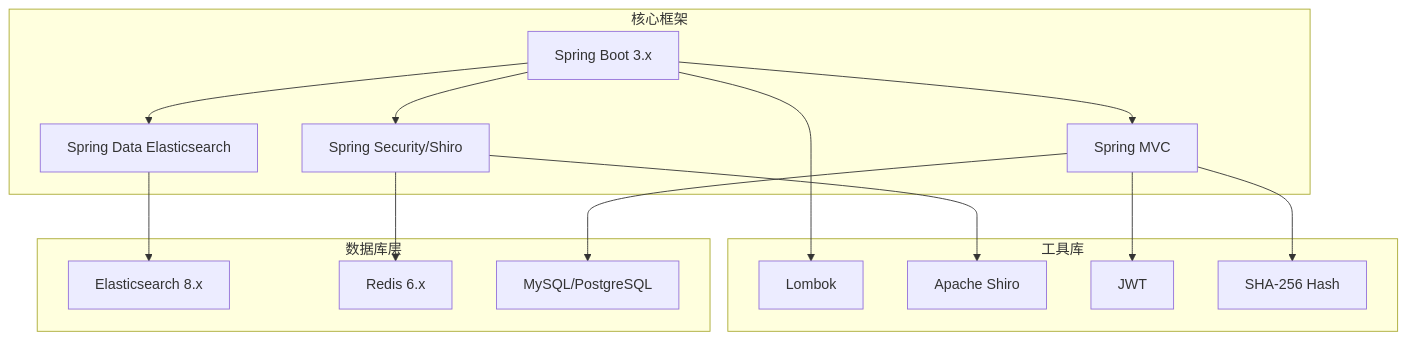
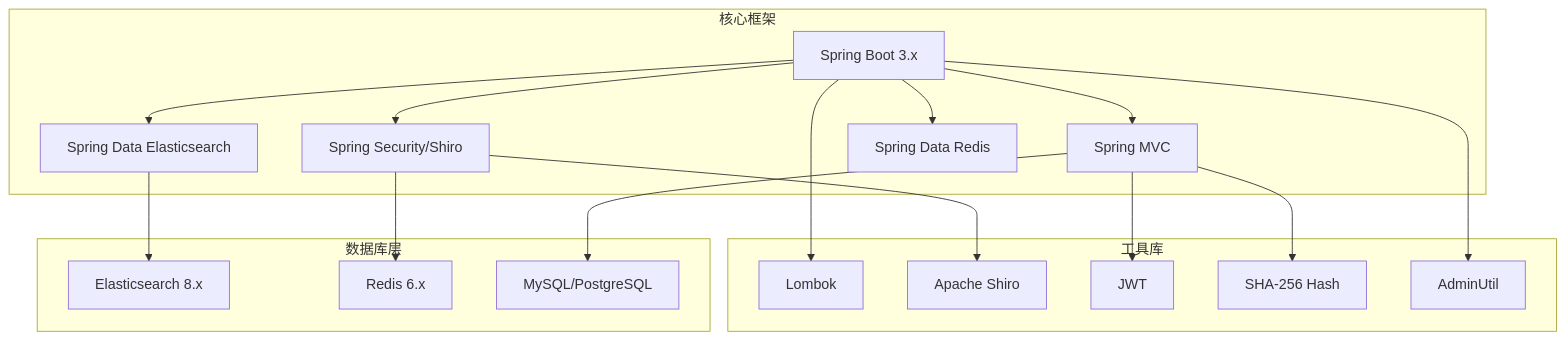
Diagram 11 of 11 in .qoder/repowiki/zh/content/Profile View.md (20164206160/zhishilu), drawn with Mermaid before and after one commit. The commit also changed other lines of this file and 11 other files, not shown here.

````diff
--- a/.qoder/repowiki/zh/content/Profile View.md
+++ b/.qoder/repowiki/zh/content/Profile View.md
@@ -375,30 +520,34 @@
 ```mermaid
 graph TB
 subgraph "核心框架"
 A[Spring Boot 3.x]
 B[Spring MVC]
 C[Spring Data Elasticsearch]
 D[Spring Security/Shiro]
+E[Spring Data Redis]
 end
 subgraph "数据库层"
-E[Elasticsearch 8.x]
-F[Redis 6.x]
-G[MySQL/PostgreSQL]
+F[Elasticsearch 8.x]
+G[Redis 6.x]
+H[MySQL/PostgreSQL]
 end
 subgraph "工具库"
-H[Lombok]
-I[Apache Shiro]
-J[JWT]
-K[SHA-256 Hash]
+I[Lombok]
+J[Apache Shiro]
+K[JWT]
+L[SHA-256 Hash]
+M[AdminUtil]
 end
 A --> B
 A --> C
 A --> D
-C --> E
-D --> F
-B --> G
-A --> H
-D --> I
-B --> J
+A --> E
+C --> F
+D --> G
+B --> H
+A --> I
+D --> J
 B --> K
+B --> L
+A --> M
 ```
````
